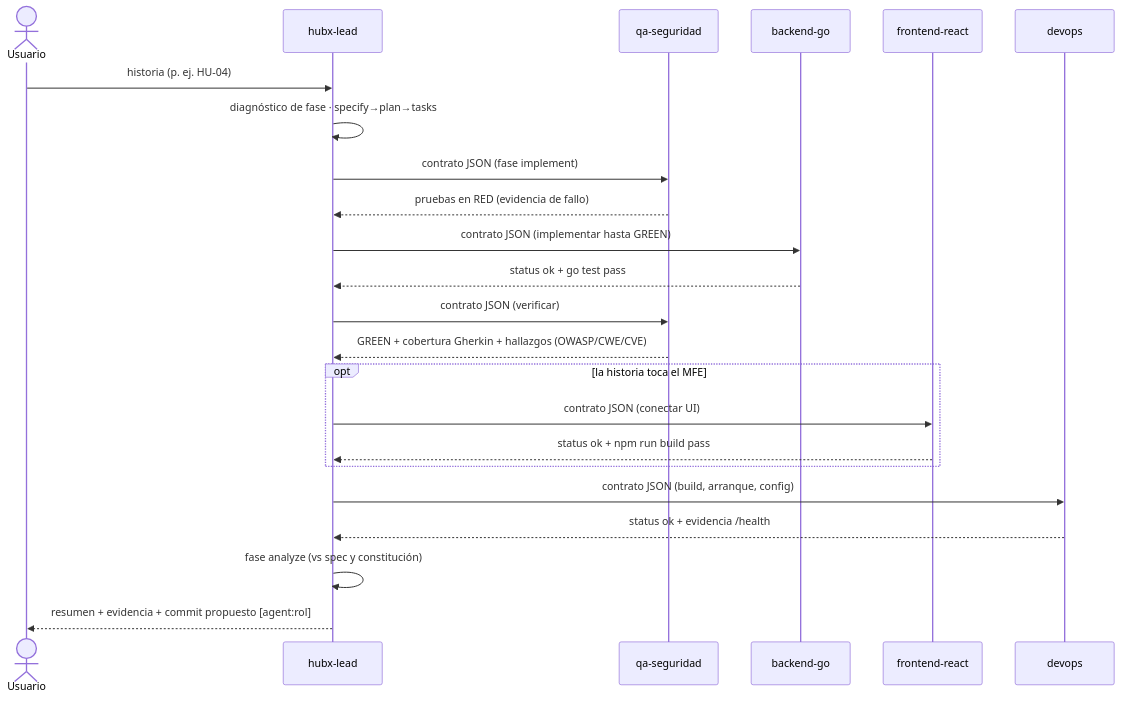
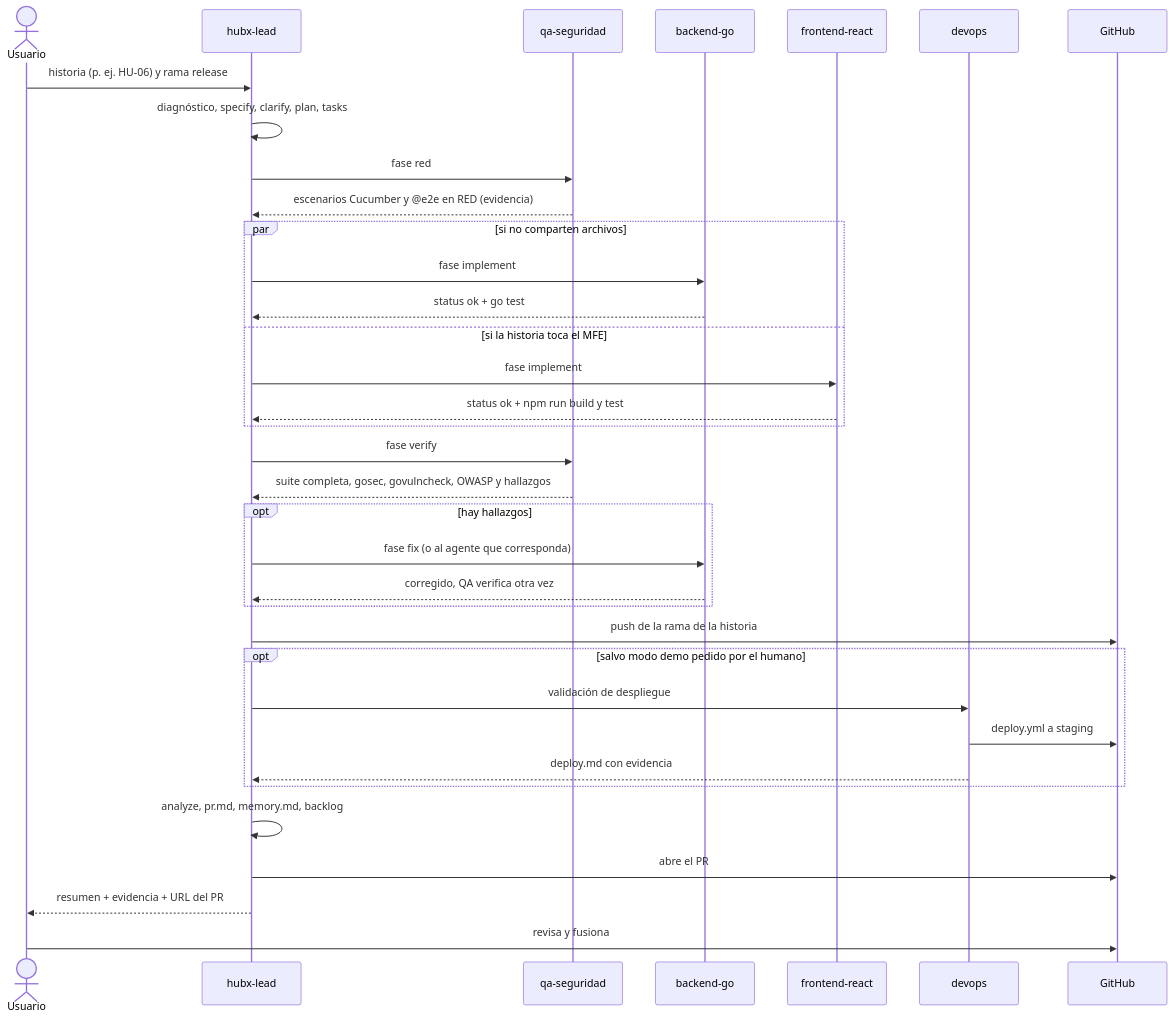
Before and after one commit to JairoHGomezCastillo/hubx: the third of 5 diagrams in docs/diagramas/05-flujos-agenticos.md, drawn with Mermaid. The commit also changed other lines of this file and 6 other files, not shown here.

Commit message:
[agent:hubx-lead] 011 update docs/diagramas to the current state

````diff
--- a/docs/diagramas/05-flujos-agenticos.md
+++ b/docs/diagramas/05-flujos-agenticos.md
@@ -67,32 +73,43 @@
 ```mermaid
 sequenceDiagram
     actor User as Usuario
     participant Lead as hubx-lead
     participant QA as qa-seguridad
     participant BE as backend-go
     participant FE as frontend-react
     participant DO as devops
+    participant GH as GitHub
 
-    User->>Lead: historia (p. ej. HU-04)
-    Lead->>Lead: diagnóstico de fase · specify→plan→tasks
+    User->>Lead: historia (p. ej. HU-06) y rama release
+    Lead->>Lead: diagnóstico, specify, clarify, plan, tasks
 
-    Lead->>QA: contrato JSON (fase implement)
-    QA-->>Lead: pruebas en RED (evidencia de fallo)
+    Lead->>QA: fase red
+    QA-->>Lead: escenarios Cucumber y @e2e en RED (evidencia)
 
-    Lead->>BE: contrato JSON (implementar hasta GREEN)
-    BE-->>Lead: status ok + go test pass
-
-    Lead->>QA: contrato JSON (verificar)
-    QA-->>Lead: GREEN + cobertura Gherkin + hallazgos (OWASP/CWE/CVE)
-
-    opt la historia toca el MFE
-        Lead->>FE: contrato JSON (conectar UI)
-        FE-->>Lead: status ok + npm run build pass
+    par si no comparten archivos
+        Lead->>BE: fase implement
+        BE-->>Lead: status ok + go test
+    and si la historia toca el MFE
+        Lead->>FE: fase implement
+        FE-->>Lead: status ok + npm run build y test
     end
 
-    Lead->>DO: contrato JSON (build, arranque, config)
-    DO-->>Lead: status ok + evidencia /health
+    Lead->>QA: fase verify
+    QA-->>Lead: suite completa, gosec, govulncheck, OWASP y hallazgos
+    opt hay hallazgos
+        Lead->>BE: fase fix (o al agente que corresponda)
+        BE-->>Lead: corregido, QA verifica otra vez
+    end
 
-    Lead->>Lead: fase analyze (vs spec y constitución)
-    Lead-->>User: resumen + evidencia + commit propuesto [agent:rol]
+    Lead->>GH: push de la rama de la historia
+    opt salvo modo demo pedido por el humano
+        Lead->>DO: validación de despliegue
+        DO->>GH: deploy.yml a staging
+        DO-->>Lead: deploy.md con evidencia
+    end
+
+    Lead->>Lead: analyze, pr.md, memory.md, backlog
+    Lead->>GH: abre el PR
+    Lead-->>User: resumen + evidencia + URL del PR
+    User->>GH: revisa y fusiona
 ```
````
